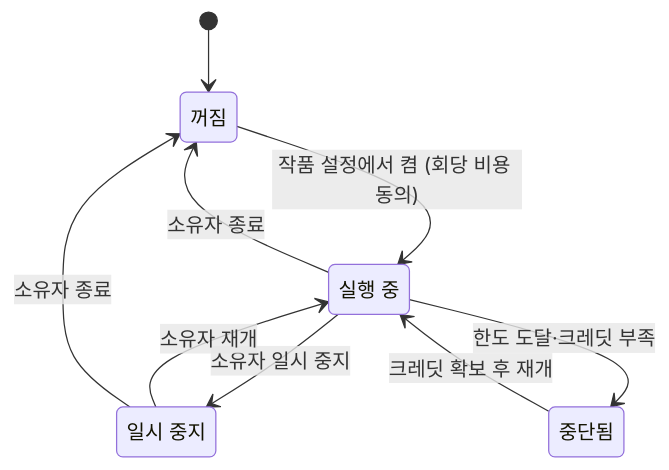
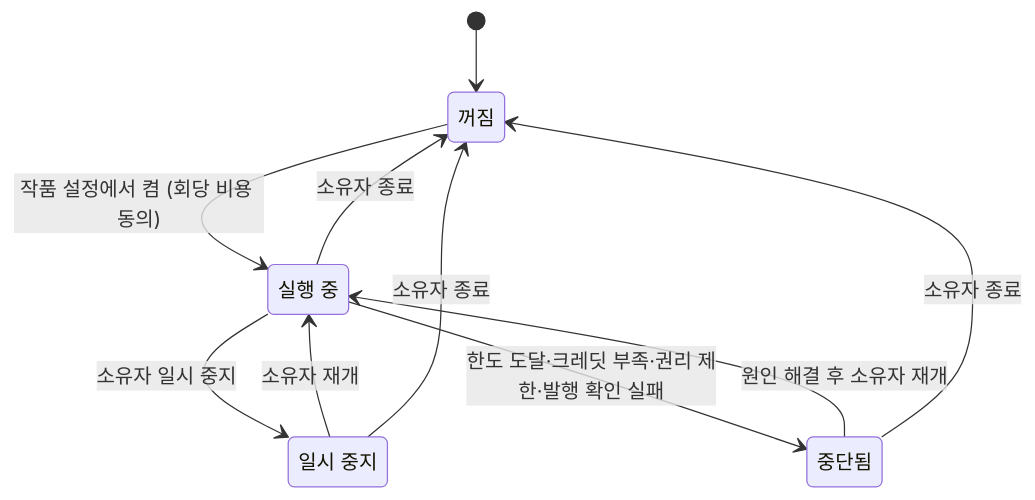
The fourth of 5 diagrams in docs/diagrams/state.md (SKNETWORKS-FAMILY-AICAMP/SKN34-FINAL-4TEAM), drawn with Mermaid before and after one commit. The commit also changed other lines of this file and 25 other files, not shown here.

````diff
--- a/docs/diagrams/state.md
+++ b/docs/diagrams/state.md
@@ -89,15 +91,16 @@
 ```mermaid
 stateDiagram-v2
   state "꺼짐" as OFF
   state "실행 중" as RUNNING
   state "일시 중지" as PAUSED
   state "중단됨" as STOPPED
   [*] --> OFF
   OFF --> RUNNING: 작품 설정에서 켬 (회당 비용 동의)
   RUNNING --> PAUSED: 소유자 일시 중지
   PAUSED --> RUNNING: 소유자 재개
-  RUNNING --> STOPPED: 한도 도달·크레딧 부족
-  STOPPED --> RUNNING: 크레딧 확보 후 재개
+  RUNNING --> STOPPED: 한도 도달·크레딧 부족·권리 제한·발행 확인 실패
+  STOPPED --> RUNNING: 원인 해결 후 소유자 재개
+  STOPPED --> OFF: 소유자 종료
   RUNNING --> OFF: 소유자 종료
   PAUSED --> OFF: 소유자 종료
 ```
````
